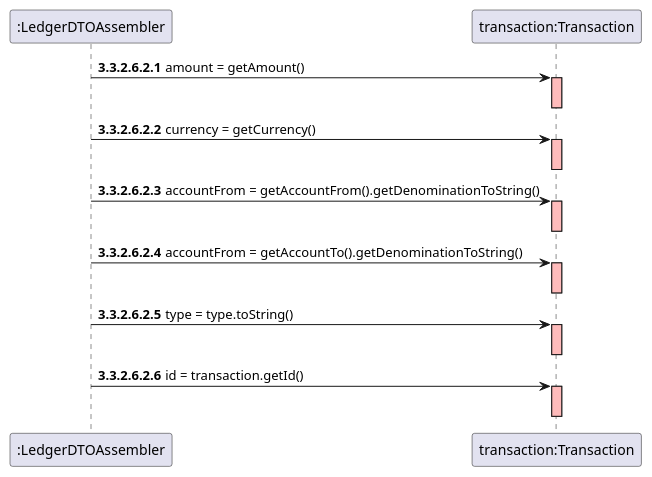
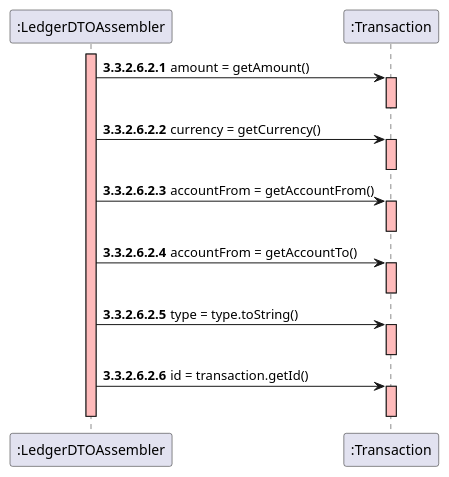
One commit to mleitaoribeiro/DevOpsMaven changed the diagram in src/main/java/switch2019/project/controllerLayer/rest/US008CreatePersonTransactionControllerRest_P2_3Get.puml. Above: the diagram before and after it, drawn with PlantUML. The commit also changed 3 other files, not shown here.

Commit message:
ref #970: US08 - updated Sequence Diagram

```diff
--- a/src/main/java/switch2019/project/controllerLayer/rest/US008CreatePersonTransactionControllerRest_P2_3Get.puml
+++ b/src/main/java/switch2019/project/controllerLayer/rest/US008CreatePersonTransactionControllerRest_P2_3Get.puml
@@ -1,28 +1,31 @@
 @startuml
 
+activate ":LedgerDTOAssembler" #FFBBBB
+
 autonumber 3.3.2.6.2.1
-":LedgerDTOAssembler"->"transaction:Transaction" : amount = getAmount()
-activate "transaction:Transaction" #FFBBBB
-deactivate "transaction:Transaction"
+":LedgerDTOAssembler"->":Transaction" : amount = getAmount()
+activate ":Transaction" #FFBBBB
+deactivate ":Transaction"
 
-":LedgerDTOAssembler"->"transaction:Transaction" : currency = getCurrency()
-activate "transaction:Transaction" #FFBBBB
-deactivate "transaction:Transaction"
+":LedgerDTOAssembler"->":Transaction" : currency = getCurrency()
+activate ":Transaction" #FFBBBB
+deactivate ":Transaction"
 
-":LedgerDTOAssembler"->"transaction:Transaction" : accountFrom = getAccountFrom().getDenominationToString()
-activate "transaction:Transaction" #FFBBBB
-deactivate "transaction:Transaction"
+":LedgerDTOAssembler"->":Transaction" : accountFrom = getAccountFrom()
+activate ":Transaction" #FFBBBB
+deactivate ":Transaction"
 
-":LedgerDTOAssembler"->"transaction:Transaction" : accountFrom = getAccountTo().getDenominationToString()
-activate "transaction:Transaction" #FFBBBB
-deactivate "transaction:Transaction"
+":LedgerDTOAssembler"->":Transaction" : accountFrom = getAccountTo()
+activate ":Transaction" #FFBBBB
+deactivate ":Transaction"
 
-":LedgerDTOAssembler"->"transaction:Transaction" : type = type.toString()
-activate "transaction:Transaction" #FFBBBB
-deactivate "transaction:Transaction"
+":LedgerDTOAssembler"->":Transaction" : type = type.toString()
+activate ":Transaction" #FFBBBB
+deactivate ":Transaction"
 
-":LedgerDTOAssembler"->"transaction:Transaction" : id = transaction.getId()
-activate "transaction:Transaction" #FFBBBB
-deactivate "transaction:Transaction"
+":LedgerDTOAssembler"->":Transaction" : id = transaction.getId()
+activate ":Transaction" #FFBBBB
+deactivate ":Transaction"
+deactivate ":LedgerDTOAssembler" #FFBBBB
 
 @enduml
```
